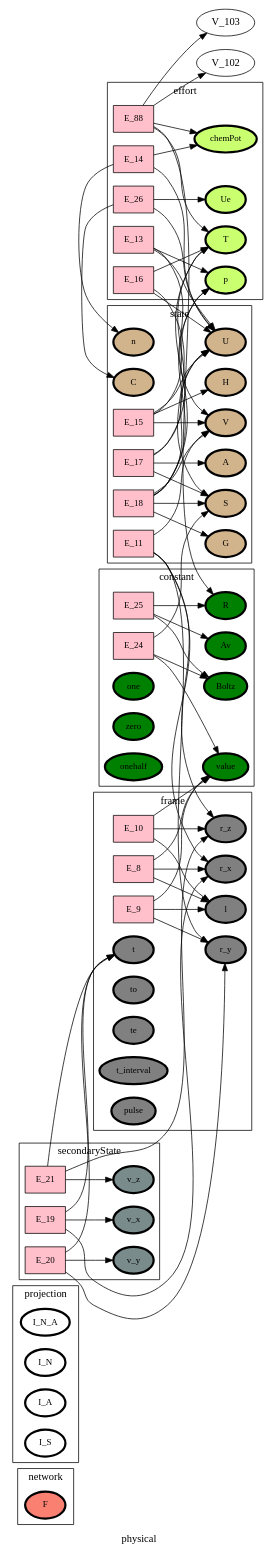
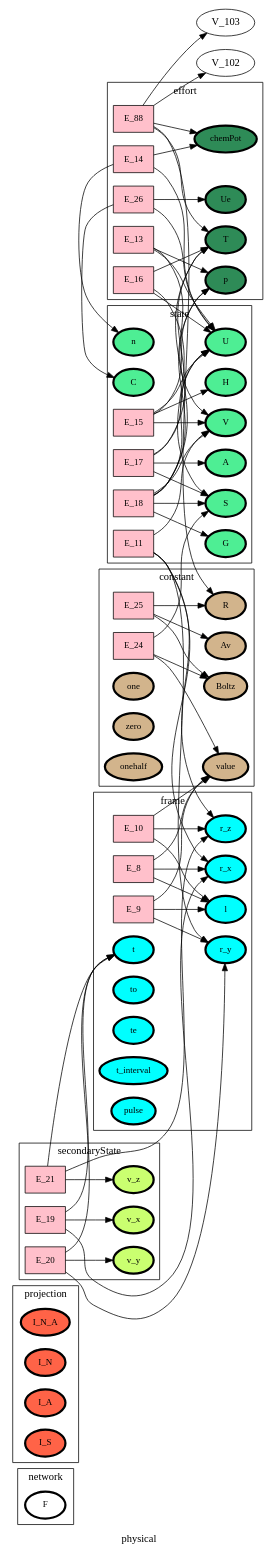
One commit to heinz-preisig/sandbox21 changed the diagram in ontology_graphs/graph__physical.dot. Above: the diagram before and after it, drawn with Graphviz. The commit also changed 69 other files, not shown here.

```diff
--- a/ontology_graphs/graph__physical.dot
+++ b/ontology_graphs/graph__physical.dot
@@ -1,161 +1,161 @@
 digraph physical {
 label=physical;
 rankdir=LR;
 subgraph cluster_physical___network {
 label=network;
 rankdir=LR;
-V_10 [fillcolor=salmon, fontsize=12, label=F, penwidth=3, style=filled];
+V_10 [fillcolor=white, fontsize=12, label=F, penwidth=3, style=filled];
 }
 
 subgraph cluster_physical___projection {
 label=projection;
 rankdir=LR;
-V_48 [fillcolor=white, fontsize=12, label=I_N_A, penwidth=3, style=filled];
-V_96 [fillcolor=white, fontsize=12, label=I_N, penwidth=3, style=filled];
-V_97 [fillcolor=white, fontsize=12, label=I_A, penwidth=3, style=filled];
-V_98 [fillcolor=white, fontsize=12, label=I_S, penwidth=3, style=filled];
+V_48 [fillcolor=tomato, fontsize=12, label=I_N_A, penwidth=3, style=filled];
+V_96 [fillcolor=tomato, fontsize=12, label=I_N, penwidth=3, style=filled];
+V_97 [fillcolor=tomato, fontsize=12, label=I_A, penwidth=3, style=filled];
+V_98 [fillcolor=tomato, fontsize=12, label=I_S, penwidth=3, style=filled];
 }
 
 subgraph cluster_physical___differenceOperator {
 label=differenceOperator;
 rankdir=LR;
 }
 
 E_8 -> V_1  [splines=ortho];
 E_8 -> V_11  [splines=ortho];
 E_9 -> V_1  [splines=ortho];
 E_9 -> V_11  [splines=ortho];
 E_10 -> V_1  [splines=ortho];
 E_10 -> V_11  [splines=ortho];
 subgraph cluster_physical___frame {
 label=frame;
 rankdir=LR;
-V_11 [fillcolor=grey, fontsize=12, label=l, penwidth=3, style=filled];
-V_12 [fillcolor=grey, fontsize=12, label=r_x, penwidth=3, style=filled];
-V_13 [fillcolor=grey, fontsize=12, label=r_y, penwidth=3, style=filled];
-V_14 [fillcolor=grey, fontsize=12, label=r_z, penwidth=3, style=filled];
-V_4 [fillcolor=grey, fontsize=12, label=t, penwidth=3, style=filled];
-V_5 [fillcolor=grey, fontsize=12, label=to, penwidth=3, style=filled];
-V_6 [fillcolor=grey, fontsize=12, label=te, penwidth=3, style=filled];
-V_7 [fillcolor=grey, fontsize=12, label=t_interval, penwidth=3, style=filled];
-V_9 [fillcolor=grey, fontsize=12, label=pulse, penwidth=3, style=filled];
+V_11 [fillcolor=cyan, fontsize=12, label=l, penwidth=3, style=filled];
+V_12 [fillcolor=cyan, fontsize=12, label=r_x, penwidth=3, style=filled];
+V_13 [fillcolor=cyan, fontsize=12, label=r_y, penwidth=3, style=filled];
+V_14 [fillcolor=cyan, fontsize=12, label=r_z, penwidth=3, style=filled];
+V_4 [fillcolor=cyan, fontsize=12, label=t, penwidth=3, style=filled];
+V_5 [fillcolor=cyan, fontsize=12, label=to, penwidth=3, style=filled];
+V_6 [fillcolor=cyan, fontsize=12, label=te, penwidth=3, style=filled];
+V_7 [fillcolor=cyan, fontsize=12, label=t_interval, penwidth=3, style=filled];
+V_9 [fillcolor=cyan, fontsize=12, label=pulse, penwidth=3, style=filled];
 E_8 [fillcolor=pink, fontsize=12, shape=box, style=filled];
 E_8 -> V_12  [splines=ortho];
 E_9 [fillcolor=pink, fontsize=12, shape=box, style=filled];
 E_9 -> V_13  [splines=ortho];
 E_10 [fillcolor=pink, fontsize=12, shape=box, style=filled];
 E_10 -> V_14  [splines=ortho];
 }
 
 E_11 -> V_12  [splines=ortho];
 E_11 -> V_13  [splines=ortho];
 E_11 -> V_14  [splines=ortho];
 E_15 -> V_15  [splines=ortho];
 E_15 -> V_16  [splines=ortho];
 E_15 -> V_20  [splines=ortho];
 E_17 -> V_16  [splines=ortho];
 E_17 -> V_17  [splines=ortho];
 E_17 -> V_19  [splines=ortho];
 E_18 -> V_15  [splines=ortho];
 E_18 -> V_16  [splines=ortho];
 E_18 -> V_17  [splines=ortho];
 E_18 -> V_19  [splines=ortho];
 E_18 -> V_20  [splines=ortho];
 subgraph cluster_physical___state {
 label=state;
 rankdir=LR;
-V_15 [fillcolor=tan, fontsize=12, label=V, penwidth=3, style=filled];
-V_16 [fillcolor=tan, fontsize=12, label=U, penwidth=3, style=filled];
-V_17 [fillcolor=tan, fontsize=12, label=S, penwidth=3, style=filled];
-V_18 [fillcolor=tan, fontsize=12, label=n, penwidth=3, style=filled];
-V_22 [fillcolor=tan, fontsize=12, label=H, penwidth=3, style=filled];
-V_23 [fillcolor=tan, fontsize=12, label=A, penwidth=3, style=filled];
-V_24 [fillcolor=tan, fontsize=12, label=G, penwidth=3, style=filled];
-V_25 [fillcolor=tan, fontsize=12, label=C, penwidth=3, style=filled];
+V_15 [fillcolor=seagreen2, fontsize=12, label=V, penwidth=3, style=filled];
+V_16 [fillcolor=seagreen2, fontsize=12, label=U, penwidth=3, style=filled];
+V_17 [fillcolor=seagreen2, fontsize=12, label=S, penwidth=3, style=filled];
+V_18 [fillcolor=seagreen2, fontsize=12, label=n, penwidth=3, style=filled];
+V_22 [fillcolor=seagreen2, fontsize=12, label=H, penwidth=3, style=filled];
+V_23 [fillcolor=seagreen2, fontsize=12, label=A, penwidth=3, style=filled];
+V_24 [fillcolor=seagreen2, fontsize=12, label=G, penwidth=3, style=filled];
+V_25 [fillcolor=seagreen2, fontsize=12, label=C, penwidth=3, style=filled];
 E_11 [fillcolor=pink, fontsize=12, shape=box, style=filled];
 E_11 -> V_15  [splines=ortho];
 E_15 [fillcolor=pink, fontsize=12, shape=box, style=filled];
 E_15 -> V_22  [splines=ortho];
 E_17 [fillcolor=pink, fontsize=12, shape=box, style=filled];
 E_17 -> V_23  [splines=ortho];
 E_18 [fillcolor=pink, fontsize=12, shape=box, style=filled];
 E_18 -> V_24  [splines=ortho];
 }
 
 E_24 -> V_1  [splines=ortho];
 E_24 -> V_17  [splines=ortho];
 E_25 -> V_32  [splines=ortho];
 E_25 -> V_33  [splines=ortho];
 subgraph cluster_physical___constant {
 label=constant;
 rankdir=LR;
-V_1 [fillcolor=green, fontsize=12, label=value, penwidth=3, style=filled];
-V_2 [fillcolor=green, fontsize=12, label=one, penwidth=3, style=filled];
-V_3 [fillcolor=green, fontsize=12, label=zero, penwidth=3, style=filled];
-V_32 [fillcolor=green, fontsize=12, label=Av, penwidth=3, style=filled];
-V_33 [fillcolor=green, fontsize=12, label=Boltz, penwidth=3, style=filled];
-V_34 [fillcolor=green, fontsize=12, label=R, penwidth=3, style=filled];
-V_8 [fillcolor=green, fontsize=12, label=onehalf, penwidth=3, style=filled];
+V_1 [fillcolor=tan, fontsize=12, label=value, penwidth=3, style=filled];
+V_2 [fillcolor=tan, fontsize=12, label=one, penwidth=3, style=filled];
+V_3 [fillcolor=tan, fontsize=12, label=zero, penwidth=3, style=filled];
+V_32 [fillcolor=tan, fontsize=12, label=Av, penwidth=3, style=filled];
+V_33 [fillcolor=tan, fontsize=12, label=Boltz, penwidth=3, style=filled];
+V_34 [fillcolor=tan, fontsize=12, label=R, penwidth=3, style=filled];
+V_8 [fillcolor=tan, fontsize=12, label=onehalf, penwidth=3, style=filled];
 E_24 [fillcolor=pink, fontsize=12, shape=box, style=filled];
 E_24 -> V_33  [splines=ortho];
 E_25 [fillcolor=pink, fontsize=12, shape=box, style=filled];
 E_25 -> V_34  [splines=ortho];
 }
 
 E_16 -> V_16  [splines=ortho];
 E_16 -> V_17  [splines=ortho];
 E_13 -> V_15  [splines=ortho];
 E_13 -> V_16  [splines=ortho];
 E_14 -> V_16  [splines=ortho];
 E_14 -> V_18  [splines=ortho];
 E_88 -> V_102  [splines=ortho];
 E_88 -> V_103  [splines=ortho];
 E_88 -> V_19  [splines=ortho];
 E_88 -> V_34  [splines=ortho];
 E_26 -> V_16  [splines=ortho];
 E_26 -> V_25  [splines=ortho];
 subgraph cluster_physical___effort {
 label=effort;
 rankdir=LR;
-V_19 [fillcolor=darkolivegreen1, fontsize=12, label=T, penwidth=3, style=filled];
-V_20 [fillcolor=darkolivegreen1, fontsize=12, label=p, penwidth=3, style=filled];
-V_21 [fillcolor=darkolivegreen1, fontsize=12, label=chemPot, penwidth=3, style=filled];
-V_35 [fillcolor=darkolivegreen1, fontsize=12, label=Ue, penwidth=3, style=filled];
+V_19 [fillcolor=seagreen4, fontsize=12, label=T, penwidth=3, style=filled];
+V_20 [fillcolor=seagreen4, fontsize=12, label=p, penwidth=3, style=filled];
+V_21 [fillcolor=seagreen4, fontsize=12, label=chemPot, penwidth=3, style=filled];
+V_35 [fillcolor=seagreen4, fontsize=12, label=Ue, penwidth=3, style=filled];
 E_16 [fillcolor=pink, fontsize=12, shape=box, style=filled];
 E_16 -> V_19  [splines=ortho];
 E_13 [fillcolor=pink, fontsize=12, shape=box, style=filled];
 E_13 -> V_20  [splines=ortho];
 E_14 [fillcolor=pink, fontsize=12, shape=box, style=filled];
 E_14 -> V_21  [splines=ortho];
 E_88 [fillcolor=pink, fontsize=12, shape=box, style=filled];
 E_88 -> V_21  [splines=ortho];
 E_26 [fillcolor=pink, fontsize=12, shape=box, style=filled];
 E_26 -> V_35  [splines=ortho];
 }
 
 E_19 -> V_12  [splines=ortho];
 E_19 -> V_4  [splines=ortho];
 E_20 -> V_13  [splines=ortho];
 E_20 -> V_4  [splines=ortho];
 E_21 -> V_14  [splines=ortho];
 E_21 -> V_4  [splines=ortho];
 subgraph cluster_physical___secondaryState {
 label=secondaryState;
 rankdir=LR;
-V_27 [fillcolor=lightcyan4, fontsize=12, label=v_x, penwidth=3, style=filled];
-V_28 [fillcolor=lightcyan4, fontsize=12, label=v_y, penwidth=3, style=filled];
-V_29 [fillcolor=lightcyan4, fontsize=12, label=v_z, penwidth=3, style=filled];
+V_27 [fillcolor=darkolivegreen1, fontsize=12, label=v_x, penwidth=3, style=filled];
+V_28 [fillcolor=darkolivegreen1, fontsize=12, label=v_y, penwidth=3, style=filled];
+V_29 [fillcolor=darkolivegreen1, fontsize=12, label=v_z, penwidth=3, style=filled];
 E_19 [fillcolor=pink, fontsize=12, shape=box, style=filled];
 E_19 -> V_27  [splines=ortho];
 E_20 [fillcolor=pink, fontsize=12, shape=box, style=filled];
 E_20 -> V_28  [splines=ortho];
 E_21 [fillcolor=pink, fontsize=12, shape=box, style=filled];
 E_21 -> V_29  [splines=ortho];
 }
 
 subgraph cluster_physical___diffState {
 label=diffState;
 rankdir=LR;
 }
 
 }
```
